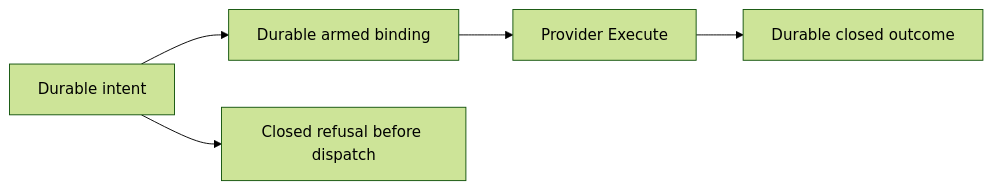
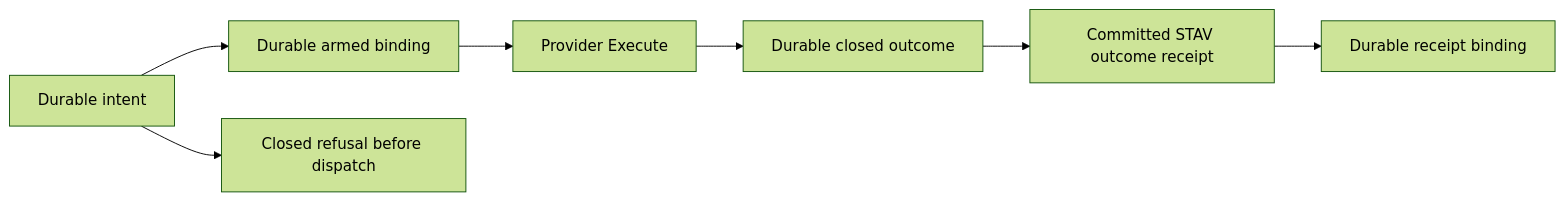
The diagram in modules/secure-identity-access-governance/CREDENTIAL-JOURNAL.md (QuanuX/Symphony), drawn with Mermaid (forest theme) before and after one commit. The commit also changed other lines of this file and 12 other files, not shown here.

Commit message:
Reconcile credential outcomes through committed STAV receipts

````diff
--- a/modules/secure-identity-access-governance/CREDENTIAL-JOURNAL.md
+++ b/modules/secure-identity-access-governance/CREDENTIAL-JOURNAL.md
@@ -41,7 +47,9 @@
 ```mermaid
 flowchart LR
     I[Durable intent] --> A[Durable armed binding]
     A --> E[Provider Execute]
     E --> C[Durable closed outcome]
+    C --> S[Committed STAV outcome receipt]
+    S --> D[Durable receipt binding]
     I --> R[Closed refusal before dispatch]
 ```
````
